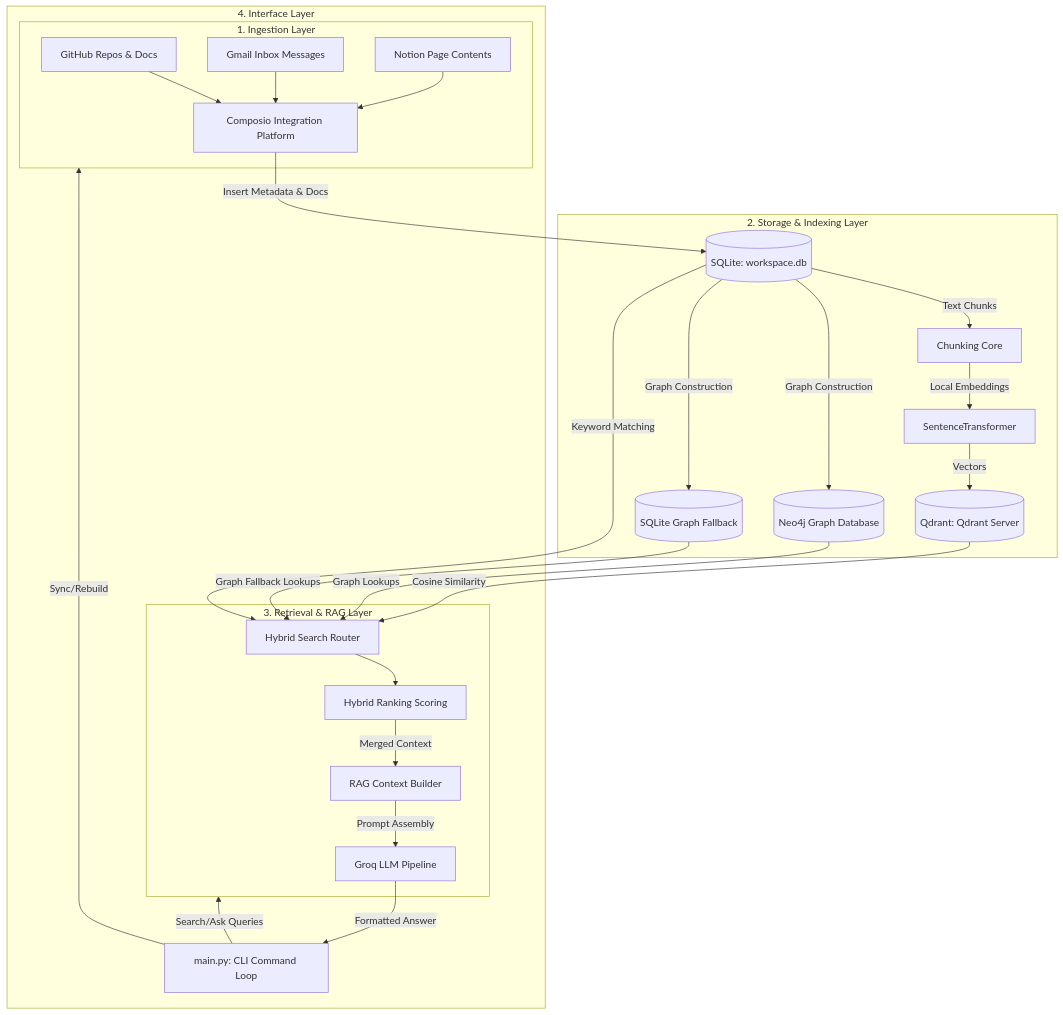
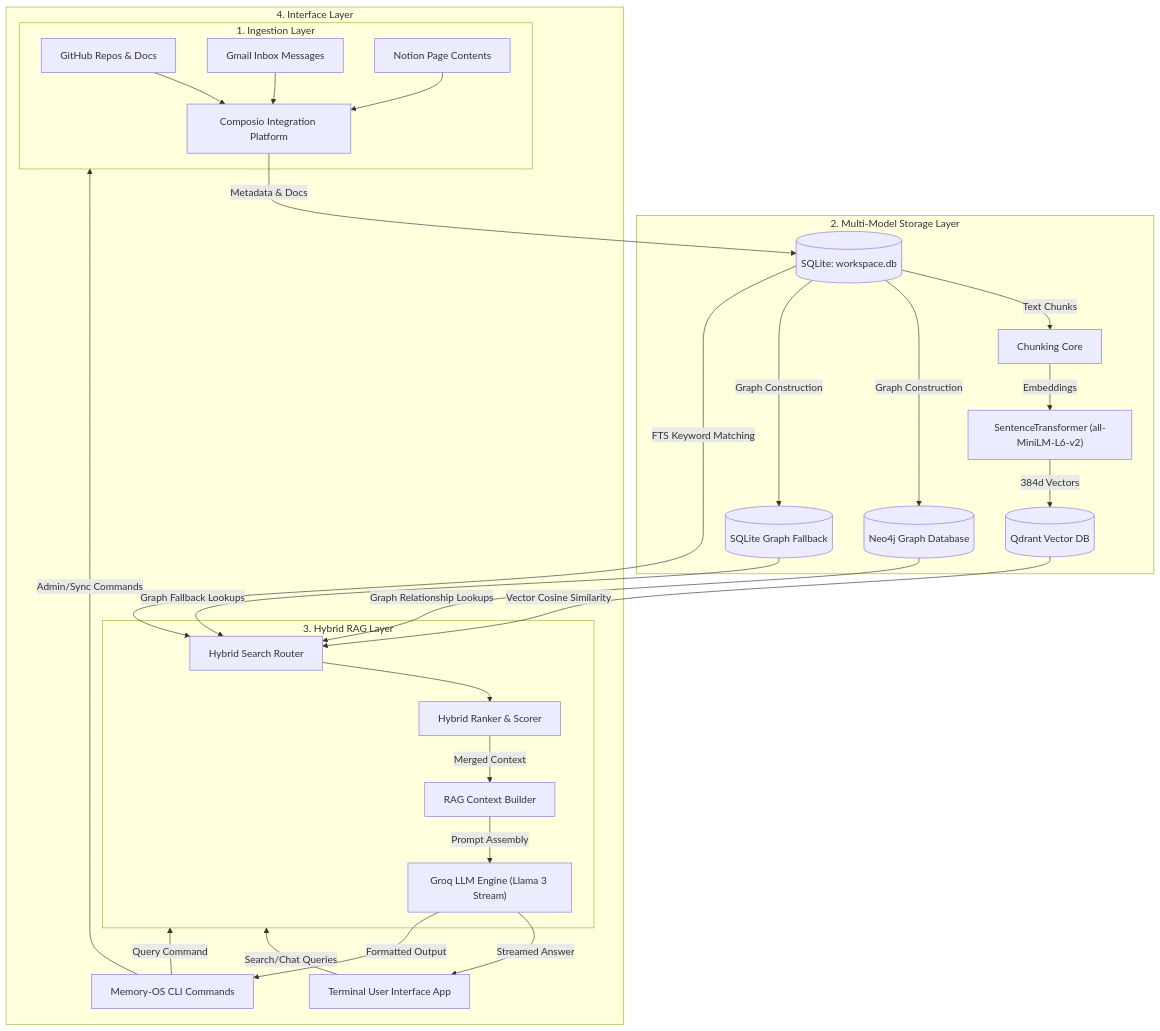
One commit to anirudh-pedro/Memory-OS changed the diagram in README.md. Above: the diagram before and after it, drawn with Mermaid. The commit also changed other lines of this file, not shown here.

Commit message:
Update README.md with comprehensive documentation, TUI features, architecture diagram, and CLI reference

````diff
--- a/README.md
+++ b/README.md
@@ -14,55 +27,55 @@
 ```mermaid
-graph TD
-    %% Ingestion
+flowchart TD
     subgraph Ingestion [1. Ingestion Layer]
         GH[GitHub Repos & Docs]
         GM[Gmail Inbox Messages]
         NT[Notion Page Contents]
         CP[Composio Integration Platform]
         GH --> CP
         GM --> CP
         NT --> CP
     end
 
-    %% Storage & Indexing
-    subgraph Storage [2. Storage & Indexing Layer]
+    subgraph Storage [2. Multi-Model Storage Layer]
         DB[(SQLite: workspace.db)]
-        QD[(Qdrant: Qdrant Server)]
+        QD[(Qdrant Vector DB)]
         N4J[(Neo4j Graph Database)]
         SQL_G[(SQLite Graph Fallback)]
         
-        CP -->|Insert Metadata & Docs| DB
+        CP -->|Metadata & Docs| DB
         DB -->|Text Chunks| CH[Chunking Core]
-        CH -->|Local Embeddings| EM[SentenceTransformer]
-        EM -->|Vectors| QD
+        CH -->|Embeddings| EM["SentenceTransformer (all-MiniLM-L6-v2)"]
+        EM -->|384d Vectors| QD
         
         DB -->|Graph Construction| N4J
         DB -->|Graph Construction| SQL_G
     end
 
-    %% Retrieval & RAG
-    subgraph Retrieval [3. Retrieval & RAG Layer]
+    subgraph Retrieval [3. Hybrid RAG Layer]
         HS[Hybrid Search Router]
-        QD -->|Cosine Similarity| HS
-        DB -->|Keyword Matching| HS
-        N4J -->|Graph Lookups| HS
+        QD -->|Vector Cosine Similarity| HS
+        DB -->|FTS Keyword Matching| HS
+        N4J -->|Graph Relationship Lookups| HS
         SQL_G -->|Graph Fallback Lookups| HS
         
-        HR[Hybrid Ranking Scoring]
+        HR[Hybrid Ranker & Scorer]
         HS --> HR
         
         RAG[RAG Context Builder]
         HR -->|Merged Context| RAG
         
-        LLM[Groq LLM Pipeline]
+        LLM["Groq LLM Engine (Llama 3 Stream)"]
         RAG -->|Prompt Assembly| LLM
     end
 
-    %% User Interaction
-    subgraph User [4. Interface Layer]
-        CLI[main.py: CLI Command Loop]
-        CLI -->|Sync/Rebuild| Ingestion
-        CLI -->|Search/Ask Queries| Retrieval
-        LLM -->|Formatted Answer| CLI
+    subgraph Interface [4. Interface Layer]
+        TUI[Terminal User Interface App]
+        CLI[Memory-OS CLI Commands]
+        
+        TUI -->|Search/Chat Queries| Retrieval
+        CLI -->|Admin/Sync Commands| Ingestion
+        CLI -->|Query Command| Retrieval
+        LLM -->|Streamed Answer| TUI
+        LLM -->|Formatted Output| CLI
     end
 ```
````
